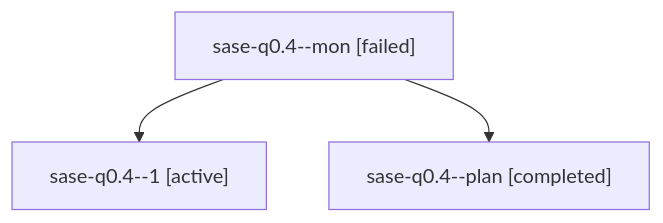
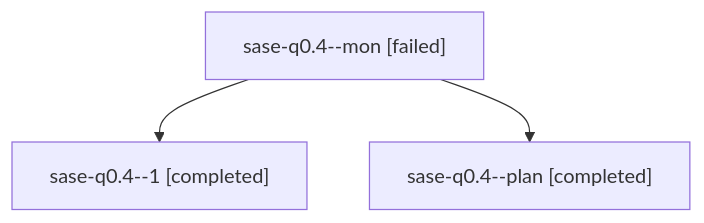
Before and after one commit to sase-org/sase--agents: the diagram in families/bbugyi200.athena.sase-q0.4.md, drawn with Mermaid. The commit also changed other lines of this file and 99 other files, not shown here.

````diff
--- a/families/bbugyi200.athena.sase-q0.4.md
+++ b/families/bbugyi200.athena.sase-q0.4.md
@@ -9,8 +9,8 @@
 ```mermaid
 flowchart TD
   n0["sase-q0.4--mon [failed]"]
-  n1["sase-q0.4--1 [active]"]
+  n1["sase-q0.4--1 [completed]"]
   n0 --> n1
   n2["sase-q0.4--plan [completed]"]
   n0 --> n2
 ```
````
